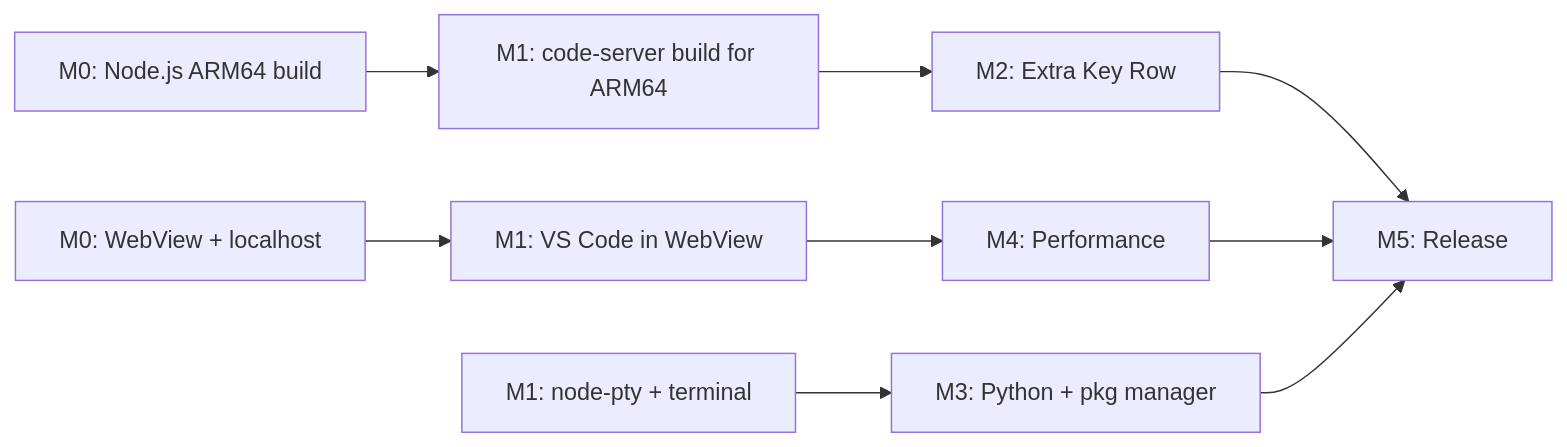
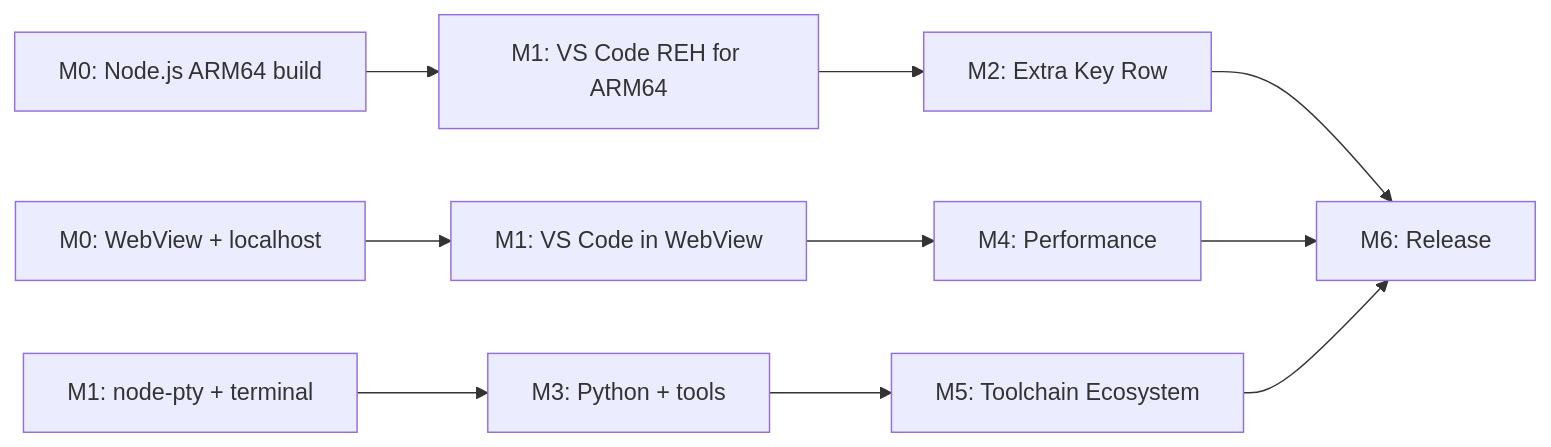
One commit to rmyndharis/VSCodroid changed the diagram in MILESTONES.md. Above: the diagram before and after it, drawn with Mermaid. The commit also changed other lines of this file and 2 other files, not shown here.

````diff
--- a/MILESTONES.md
+++ b/MILESTONES.md
@@ -445,11 +495,12 @@
 ```mermaid
 flowchart LR
-  M0A["M0: Node.js ARM64 build"] --> M1A["M1: code-server build for ARM64"]
+  M0A["M0: Node.js ARM64 build"] --> M1A["M1: VS Code REH for ARM64"]
   M1A --> M2A["M2: Extra Key Row"]
   M0B["M0: WebView + localhost"] --> M1B["M1: VS Code in WebView"]
   M1B --> M4["M4: Performance"]
-  M1C["M1: node-pty + terminal"] --> M3["M3: Python + pkg manager"]
-  M2A --> M5["M5: Release"]
-  M4 --> M5
-  M3 --> M5
+  M1C["M1: node-pty + terminal"] --> M3["M3: Python + tools"]
+  M3 --> M5["M5: Toolchain Ecosystem"]
+  M2A --> M6["M6: Release"]
+  M4 --> M6
+  M5 --> M6
 ```
````
